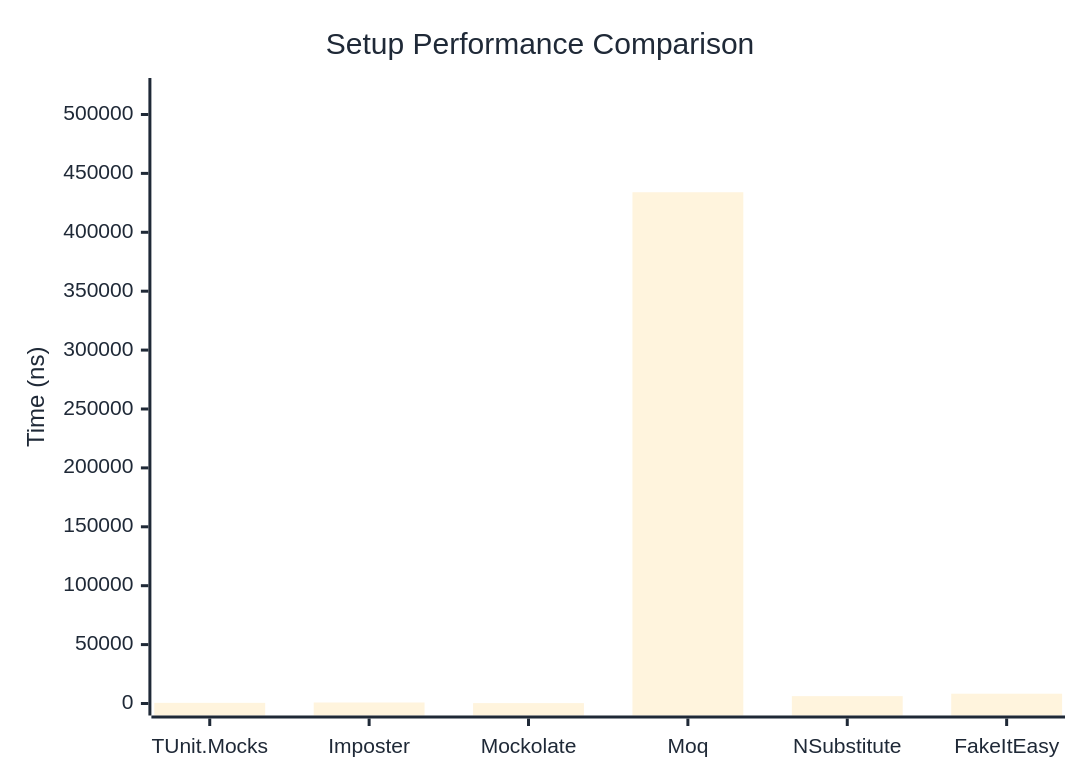
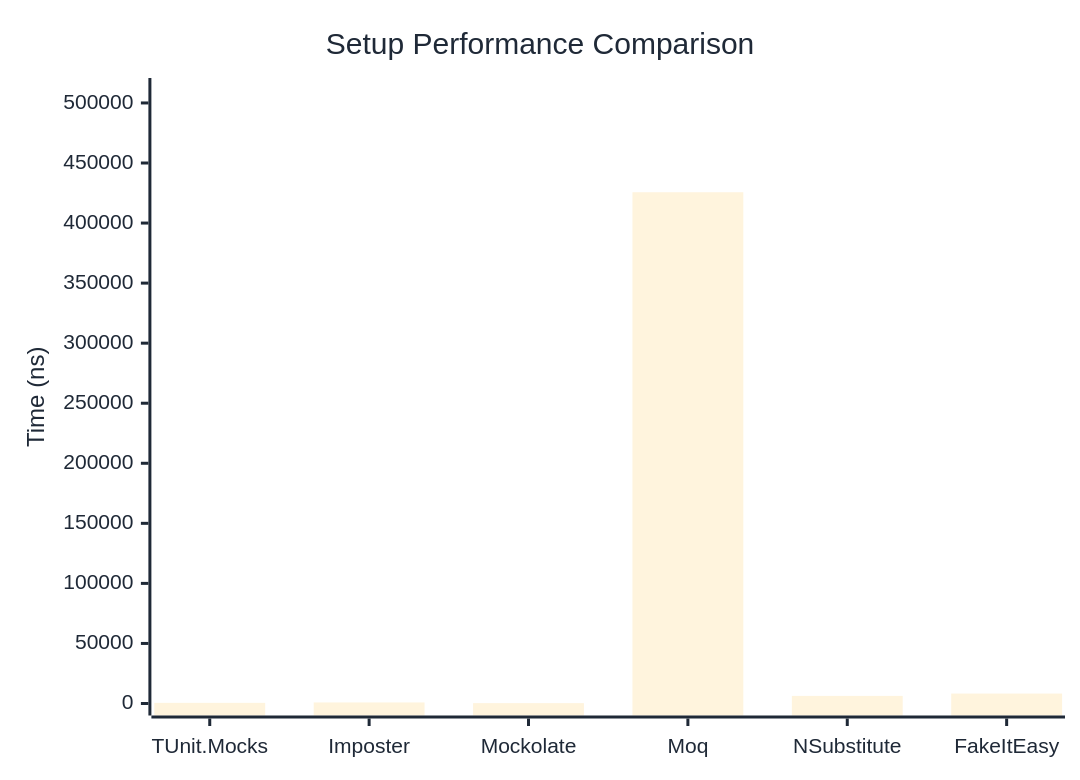
One commit to thomhurst/TUnit changed the first of 2 diagrams in docs/docs/benchmarks/mocks/Setup.md. Above: the diagram before and after it, drawn with Mermaid. The commit also changed other lines of this file and 14 other files, not shown here.

````diff
--- a/docs/docs/benchmarks/mocks/Setup.md
+++ b/docs/docs/benchmarks/mocks/Setup.md
@@ -30,27 +30,27 @@
 ```mermaid
 %%{init: {
   'theme':'base',
   'themeVariables': {
     'primaryColor': '#2563eb',
     'primaryTextColor': '#1f2937',
     'primaryBorderColor': '#1e40af',
     'lineColor': '#6b7280',
     'secondaryColor': '#7c3aed',
     'tertiaryColor': '#dc2626',
     'background': '#ffffff',
     'pie1': '#2563eb',
     'pie2': '#7c3aed',
     'pie3': '#dc2626',
     'pie4': '#f59e0b',
     'pie5': '#10b981',
     'pie6': '#06b6d4',
     'pie7': '#ec4899',
     'pie8': '#6366f1'
   }
 }}%%
 xychart-beta
   title "Setup Performance Comparison"
   x-axis ["TUnit.Mocks", "Imposter", "Mockolate", "Moq", "NSubstitute", "FakeItEasy"]
-  y-axis "Time (ns)" 0 --> 520786
-  bar [551.7, 851.7, 331.7, 433988.1, 6263.8, 8319.2]
+  y-axis "Time (ns)" 0 --> 510786
+  bar [538, 877.2, 316.5, 425654.3, 6329.6, 8285.4]
 ```
````
